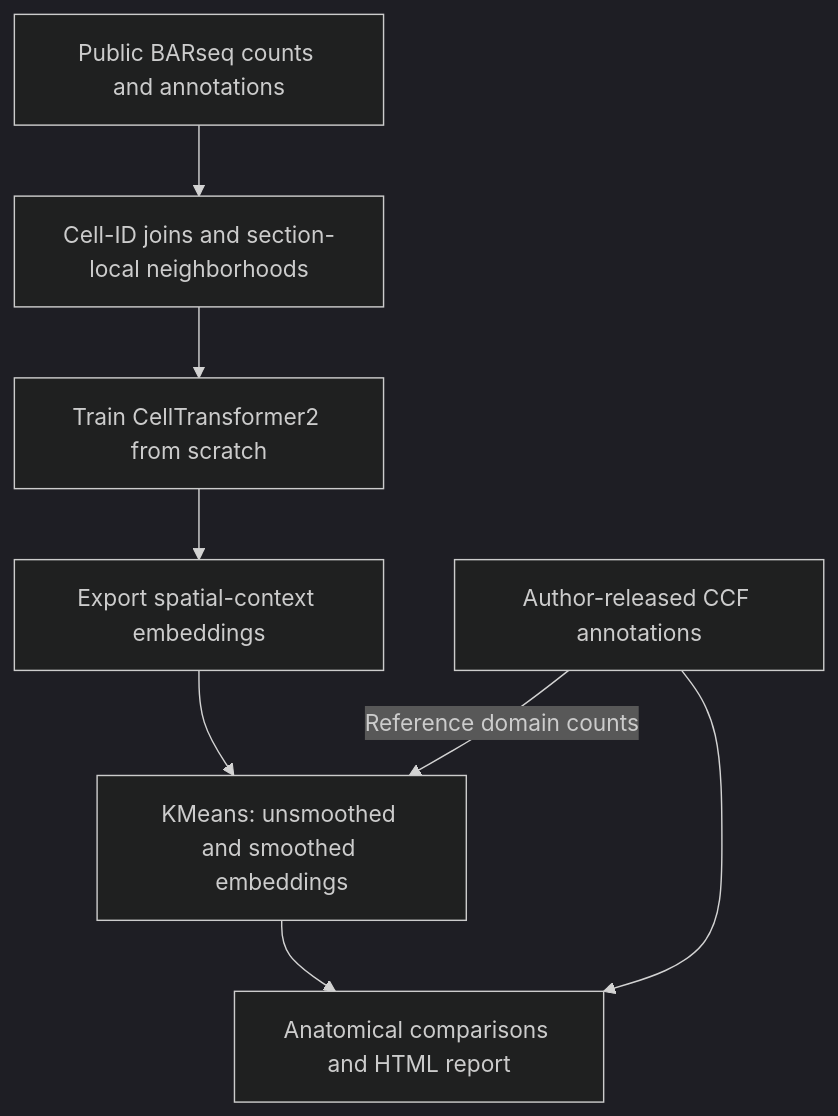
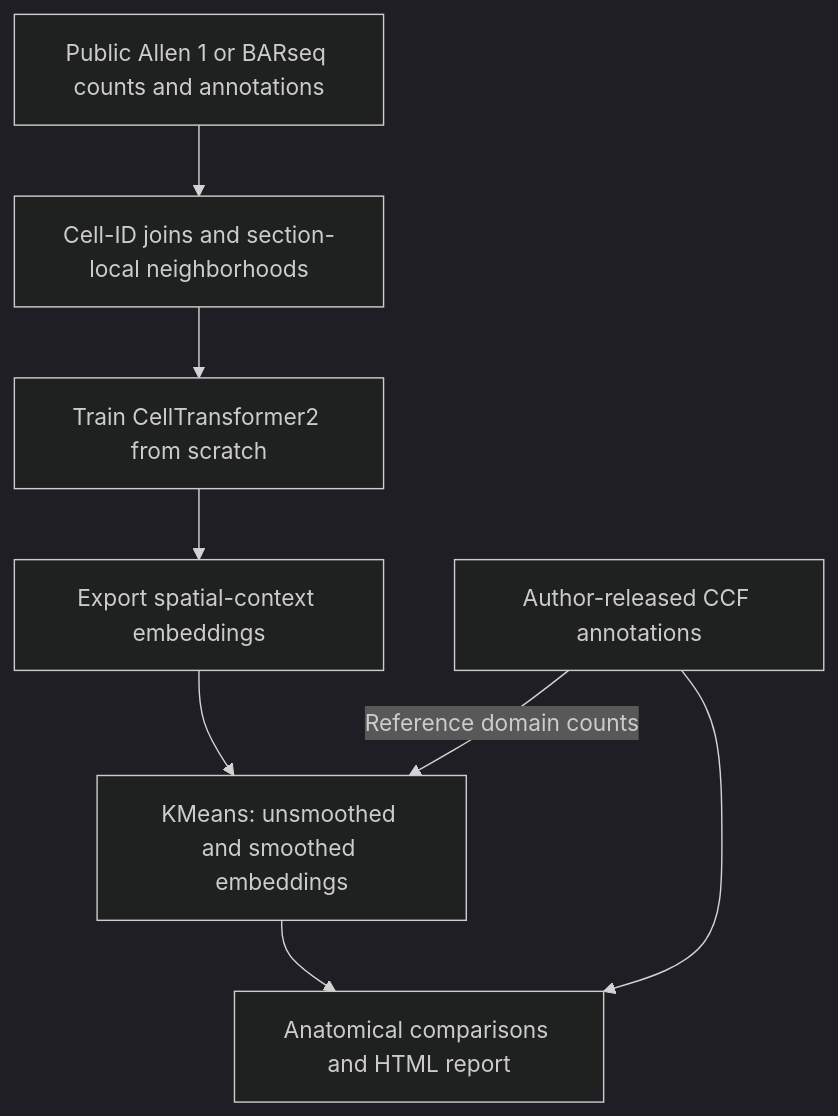
Before and after one commit to abbasilab/celltransformer: the diagram in README.md, drawn with Mermaid (dark theme). The commit also changed other lines of this file and 55 other files, not shown here.

Commit message:
Add Allen 1 as primary CT2 example alongside BARseq

````diff
--- a/README.md
+++ b/README.md
@@ -61,10 +71,10 @@
 ```mermaid
 flowchart TD
-    A["Public BARseq counts and annotations"] --> B["Cell-ID joins and section-local neighborhoods"]
+    A["Public Allen 1 or BARseq counts and annotations"] --> B["Cell-ID joins and section-local neighborhoods"]
     B --> C["Train CellTransformer2 from scratch"]
     C --> D["Export spatial-context embeddings"]
     D --> E["KMeans: unsmoothed and smoothed embeddings"]
     E --> F["Anatomical comparisons and HTML report"]
     R["Author-released CCF annotations"] --> F
     R -->|Reference domain counts| E
 ```
````
